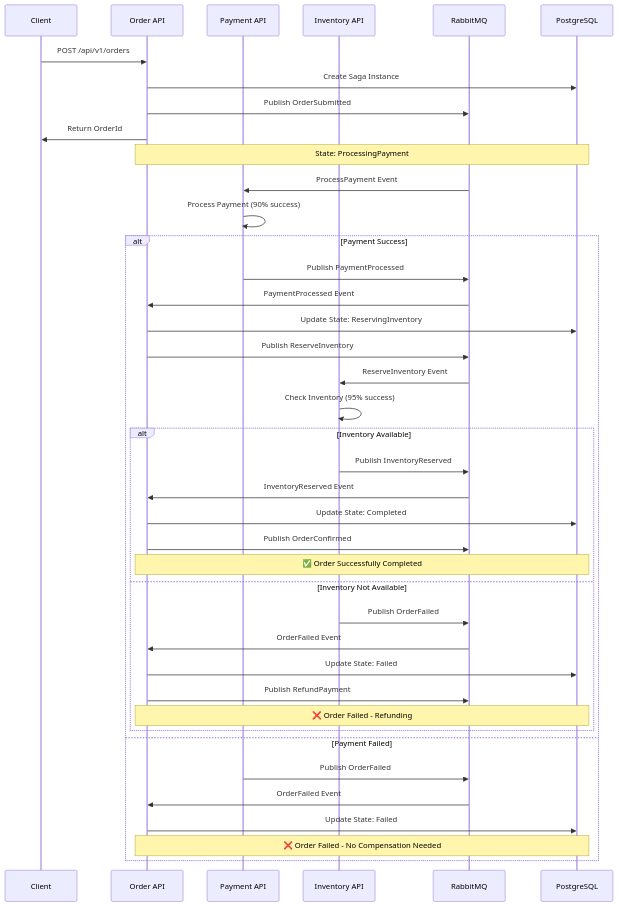
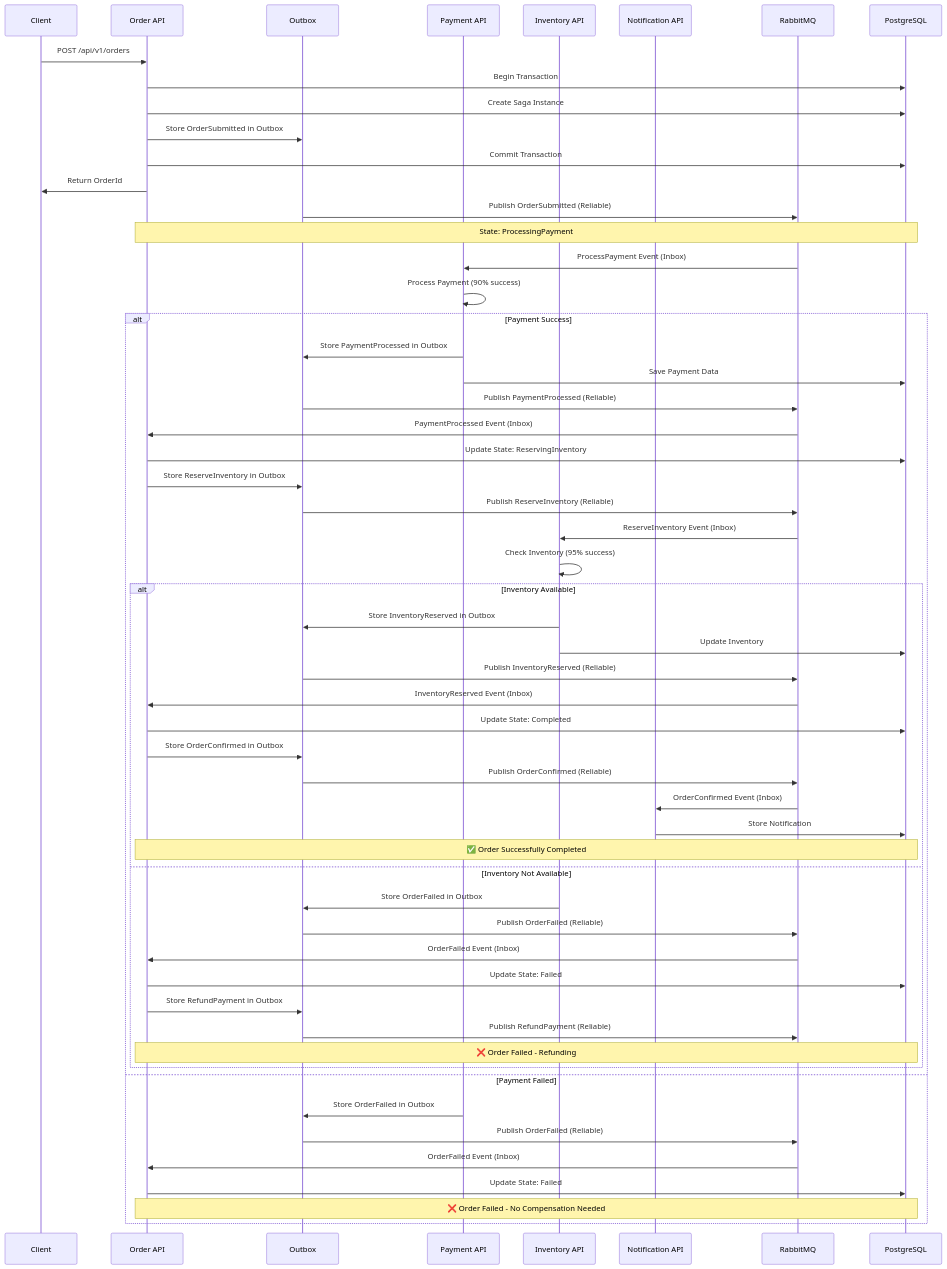
Before and after one commit to onurkanbakirci/saga-inbox-outbox: the third of 3 diagrams in README.md, drawn with Mermaid. The commit also changed other lines of this file and 34 other files, not shown here.

````diff
--- a/README.md
+++ b/README.md
@@ -70,48 +82,70 @@
 ```mermaid
 sequenceDiagram
     participant C as Client
     participant O as Order API
+    participant OB as Outbox
     participant P as Payment API
     participant I as Inventory API
+    participant N as Notification API
     participant R as RabbitMQ
     participant DB as PostgreSQL
     
     C->>O: POST /api/v1/orders
+    O->>DB: Begin Transaction
     O->>DB: Create Saga Instance
-    O->>R: Publish OrderSubmitted
+    O->>OB: Store OrderSubmitted in Outbox
+    O->>DB: Commit Transaction
     O->>C: Return OrderId
+    
+    OB->>R: Publish OrderSubmitted (Reliable)
     
     Note over O,DB: State: ProcessingPayment
     
-    R->>P: ProcessPayment Event
+    R->>P: ProcessPayment Event (Inbox)
     P->>P: Process Payment (90% success)
     
     alt Payment Success
-        P->>R: Publish PaymentProcessed
-        R->>O: PaymentProcessed Event
+        P->>OB: Store PaymentProcessed in Outbox
+        P->>DB: Save Payment Data
+        OB->>R: Publish PaymentProcessed (Reliable)
+        
+        R->>O: PaymentProcessed Event (Inbox)
         O->>DB: Update State: ReservingInventory
-        O->>R: Publish ReserveInventory
+        O->>OB: Store ReserveInventory in Outbox
+        OB->>R: Publish ReserveInventory (Reliable)
         
-        R->>I: ReserveInventory Event
+        R->>I: ReserveInventory Event (Inbox)
         I->>I: Check Inventory (95% success)
         
         alt Inventory Available
-            I->>R: Publish InventoryReserved
-            R->>O: InventoryReserved Event
+            I->>OB: Store InventoryReserved in Outbox
+            I->>DB: Update Inventory
+            OB->>R: Publish InventoryReserved (Reliable)
+            
+            R->>O: InventoryReserved Event (Inbox)
             O->>DB: Update State: Completed
-            O->>R: Publish OrderConfirmed
+            O->>OB: Store OrderConfirmed in Outbox
+            OB->>R: Publish OrderConfirmed (Reliable)
+            
+            R->>N: OrderConfirmed Event (Inbox)
+            N->>DB: Store Notification
             Note over O,DB: ✅ Order Successfully Completed
         else Inventory Not Available
-            I->>R: Publish OrderFailed
-            R->>O: OrderFailed Event
+            I->>OB: Store OrderFailed in Outbox
+            OB->>R: Publish OrderFailed (Reliable)
+            
+            R->>O: OrderFailed Event (Inbox)
             O->>DB: Update State: Failed
-            O->>R: Publish RefundPayment
+            O->>OB: Store RefundPayment in Outbox
+            OB->>R: Publish RefundPayment (Reliable)
             Note over O,DB: ❌ Order Failed - Refunding
         end
     else Payment Failed
-        P->>R: Publish OrderFailed
-        R->>O: OrderFailed Event
+        P->>OB: Store OrderFailed in Outbox
+        OB->>R: Publish OrderFailed (Reliable)
+        
+        R->>O: OrderFailed Event (Inbox)
         O->>DB: Update State: Failed
         Note over O,DB: ❌ Order Failed - No Compensation Needed
     end
 ```
````
